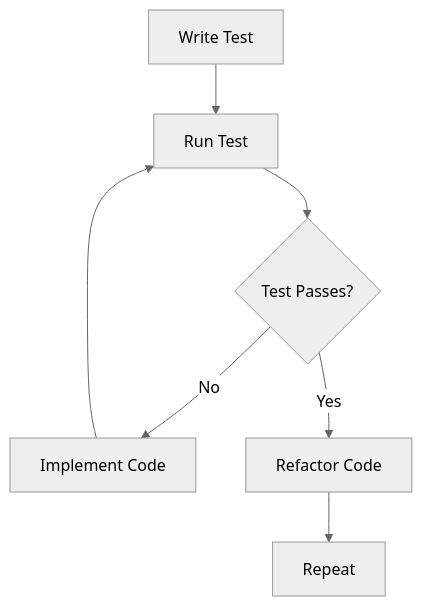
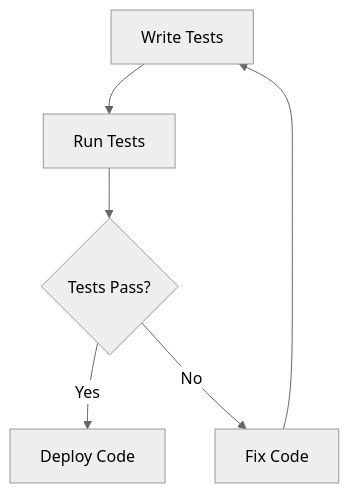
The diagram in content/3/5/3/index.md (MasteryEducation/ClojureForJava.com), drawn with Mermaid (neutral theme) before and after one commit. The commit also changed other lines of this file and 74 other files, not shown here.

````diff
--- a/content/3/5/3/index.md
+++ b/content/3/5/3/index.md
@@ -164,9 +198,8 @@
 ```mermaid
-flowchart TD
-    A[Write Test] --> B[Run Test]
-    B --> C{Test Passes?}
-    C -->|No| D[Implement Code]
-    D --> B
-    C -->|Yes| E[Refactor Code]
-    E --> F[Repeat]
+graph TD;
+    A[Write Tests] --> B[Run Tests];
+    B --> C{Tests Pass?};
+    C -->|Yes| D[Deploy Code];
+    C -->|No| E[Fix Code];
+    E --> A;
 ```
````
